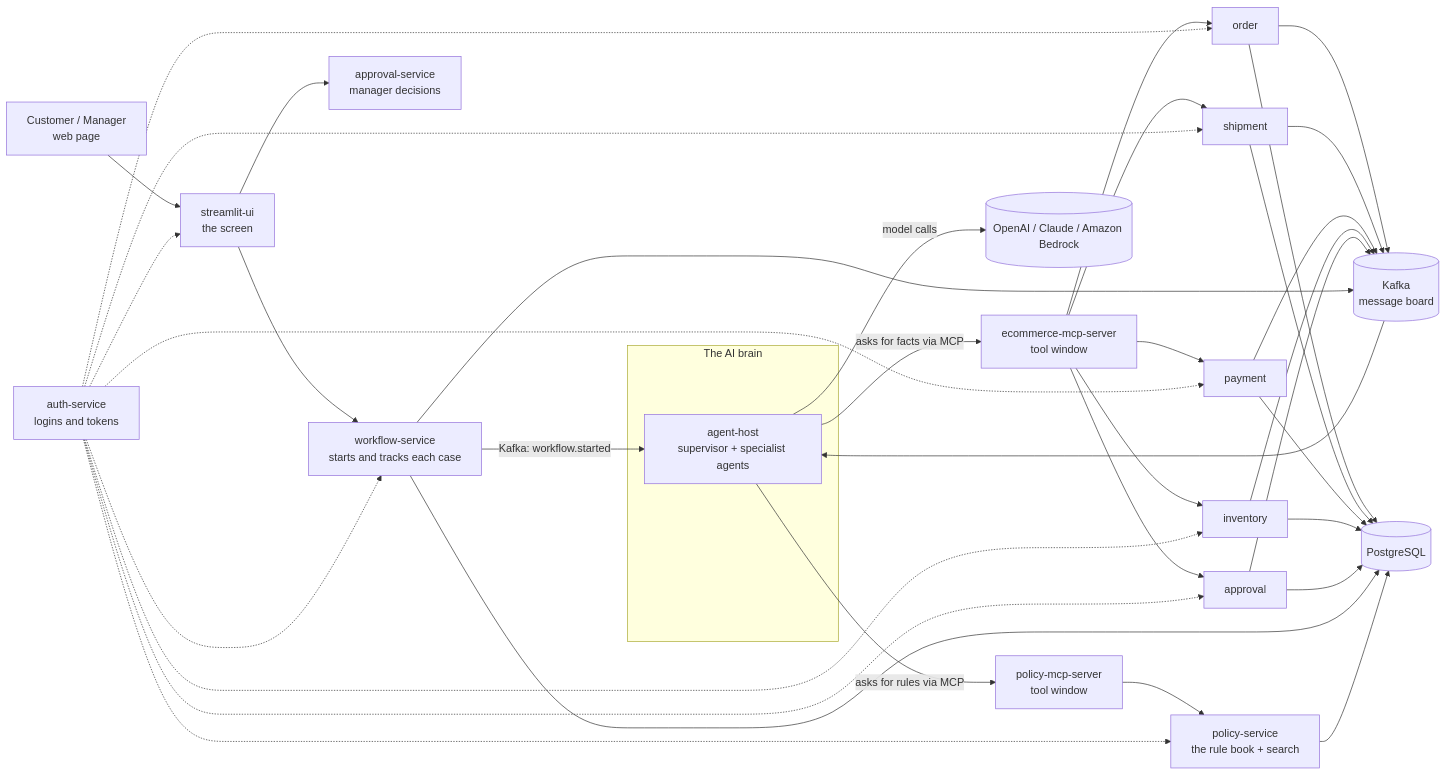
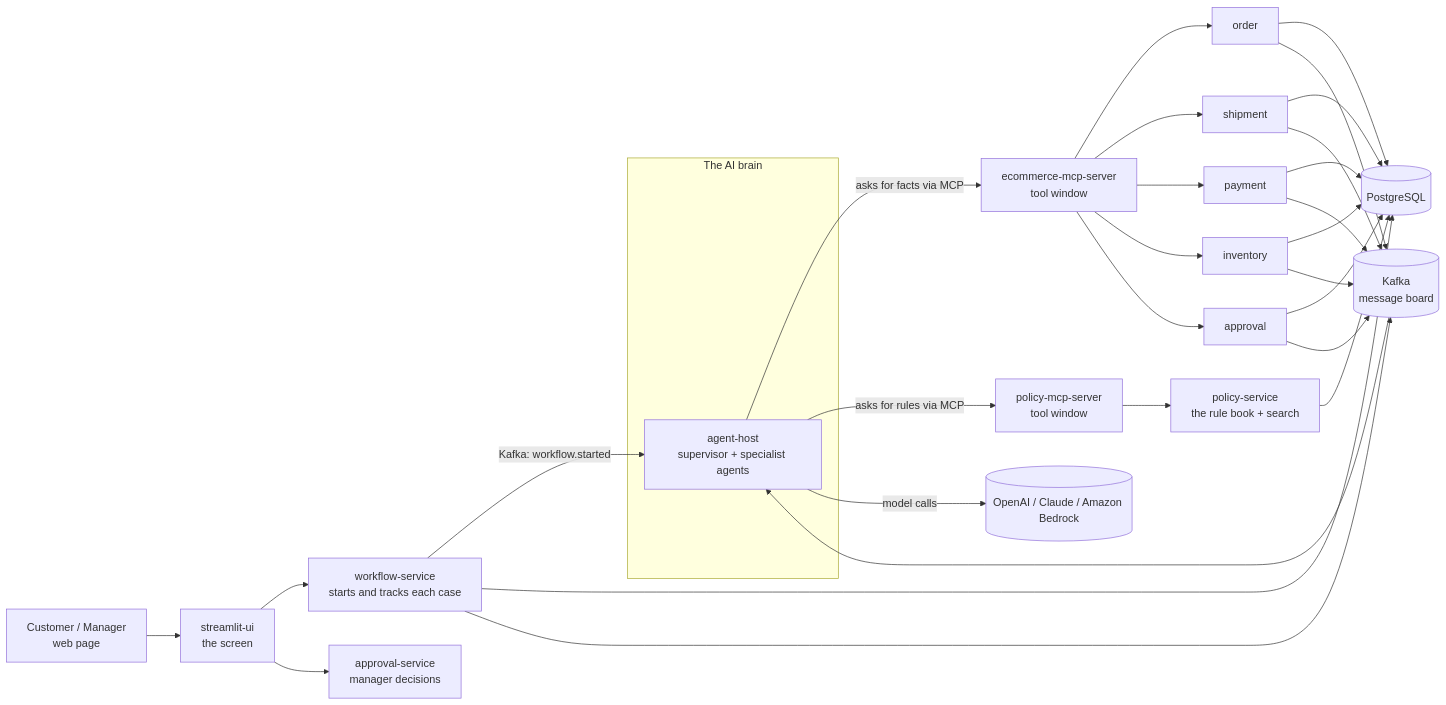
One commit to jasbir125/ecommerce-multi-agent-platform changed the first of 2 diagrams in docs/project-explained.md. Above: the diagram before and after it, drawn with Mermaid. The commit also changed other lines of this file and 47 other files, not shown here.

````diff
--- a/docs/project-explained.md
+++ b/docs/project-explained.md
@@ -38,20 +38,18 @@
 ```mermaid
 flowchart LR
     U[Customer / Manager<br/>web page] --> UI[streamlit-ui<br/>the screen]
     UI --> WF[workflow-service<br/>starts and tracks each case]
     UI --> AP[approval-service<br/>manager decisions]
     WF -- "Kafka: workflow.started" --> AH
     subgraph AI [The AI brain]
       AH[agent-host<br/>supervisor + specialist agents]
     end
     AH -- "asks for facts via MCP" --> MCPE[ecommerce-mcp-server<br/>tool window]
     AH -- "asks for rules via MCP" --> MCPP[policy-mcp-server<br/>tool window]
     MCPE --> O[order] & S[shipment] & P[payment] & I[inventory] & A[approval]
     MCPP --> POL[policy-service<br/>the rule book + search]
     AH -- "model calls" --> LLM[(OpenAI / Claude / Amazon Bedrock)]
     O & S & P & I & A & WF & POL --> DB[(PostgreSQL)]
     O & S & P & I & A & WF --> K[(Kafka<br/>message board)]
     K --> AH
-    AUTH[auth-service<br/>logins and tokens] -.-> UI
-    AUTH -.-> O & S & P & I & A & WF & POL
 ```
````
